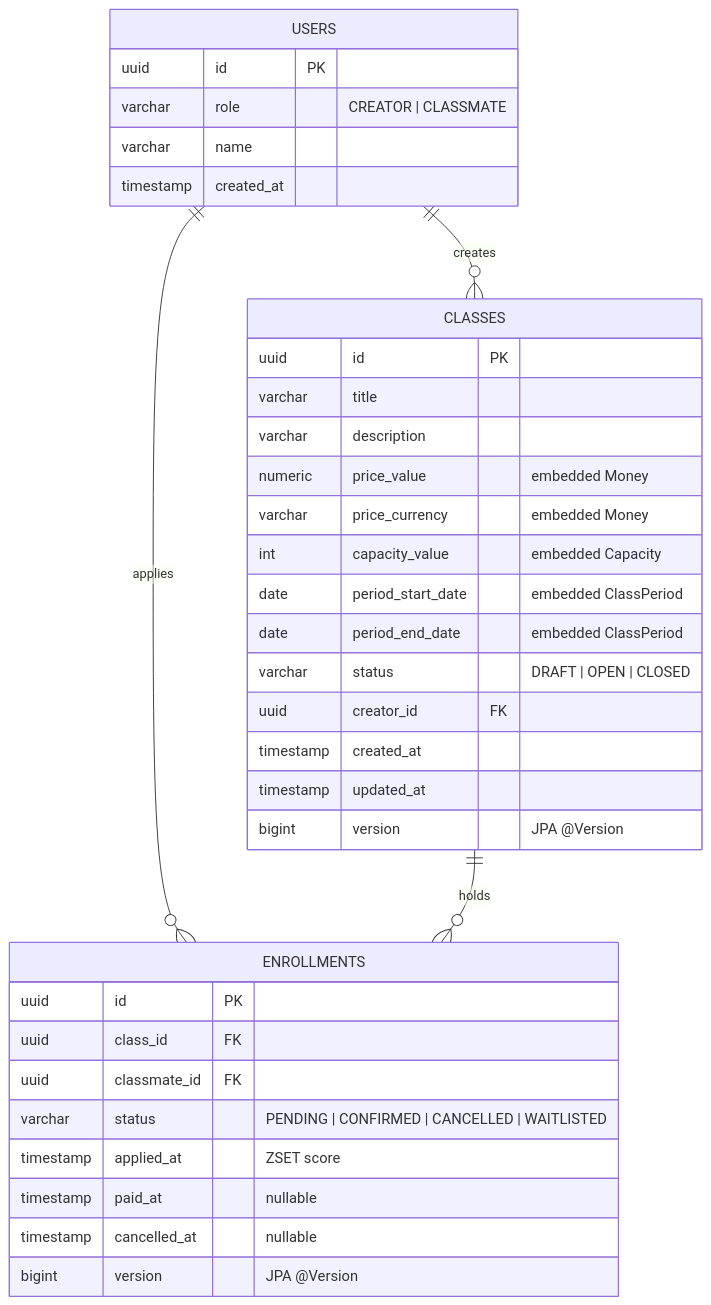
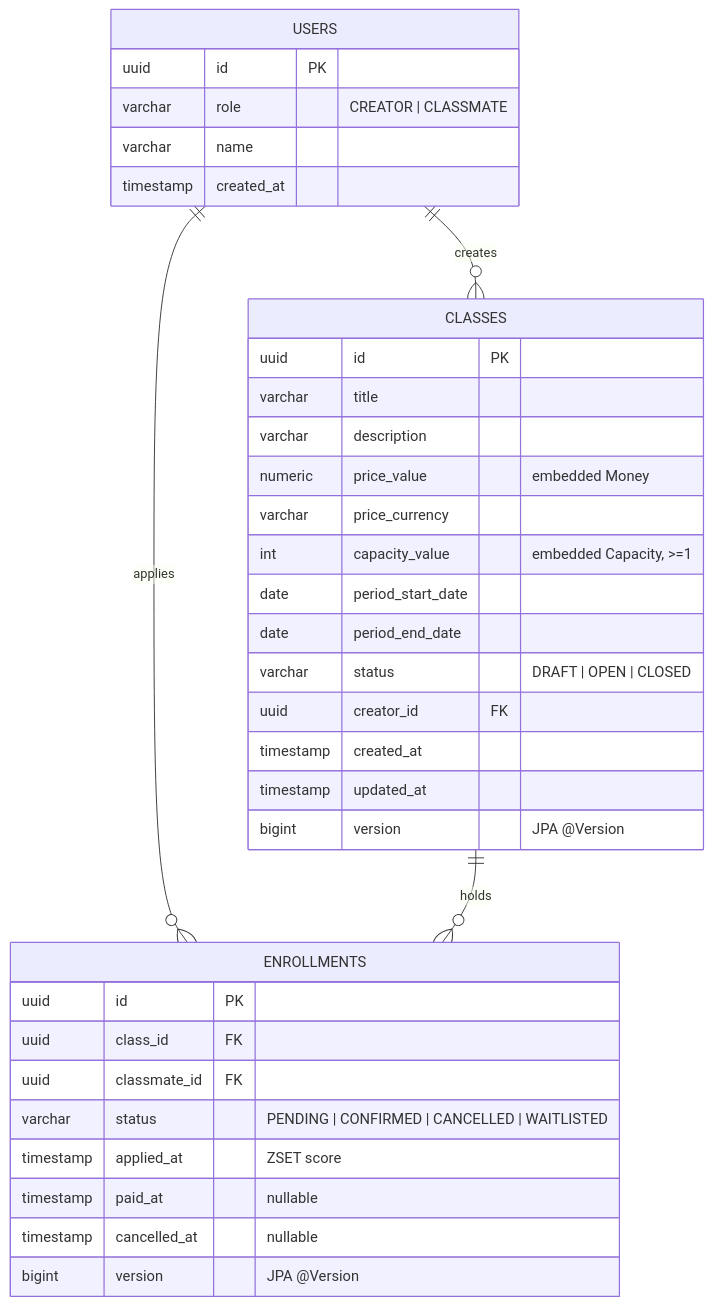
One commit to corinB/live-class changed the first of 3 diagrams in README.md. Above: the diagram before and after it, drawn with Mermaid. The commit also changed other lines of this file and 10 other files, not shown here.

````diff
--- a/README.md
+++ b/README.md
@@ -74,38 +112,38 @@
 ```mermaid
 erDiagram
     USERS ||--o{ CLASSES : creates
     USERS ||--o{ ENROLLMENTS : applies
     CLASSES ||--o{ ENROLLMENTS : holds
 
     USERS {
         uuid id PK
         varchar role "CREATOR | CLASSMATE"
         varchar name
         timestamp created_at
     }
     CLASSES {
         uuid id PK
         varchar title
         varchar description
         numeric price_value "embedded Money"
-        varchar price_currency "embedded Money"
-        int capacity_value "embedded Capacity"
-        date period_start_date "embedded ClassPeriod"
-        date period_end_date "embedded ClassPeriod"
+        varchar price_currency
+        int capacity_value "embedded Capacity, >=1"
+        date period_start_date
+        date period_end_date
         varchar status "DRAFT | OPEN | CLOSED"
         uuid creator_id FK
         timestamp created_at
         timestamp updated_at
         bigint version "JPA @Version"
     }
     ENROLLMENTS {
         uuid id PK
         uuid class_id FK
         uuid classmate_id FK
         varchar status "PENDING | CONFIRMED | CANCELLED | WAITLISTED"
         timestamp applied_at "ZSET score"
         timestamp paid_at "nullable"
         timestamp cancelled_at "nullable"
         bigint version "JPA @Version"
     }
 ```
````
